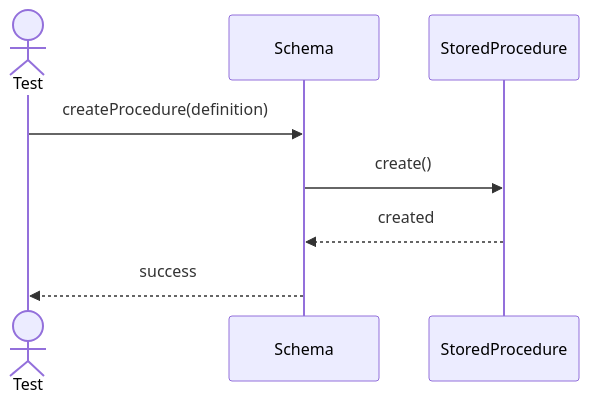
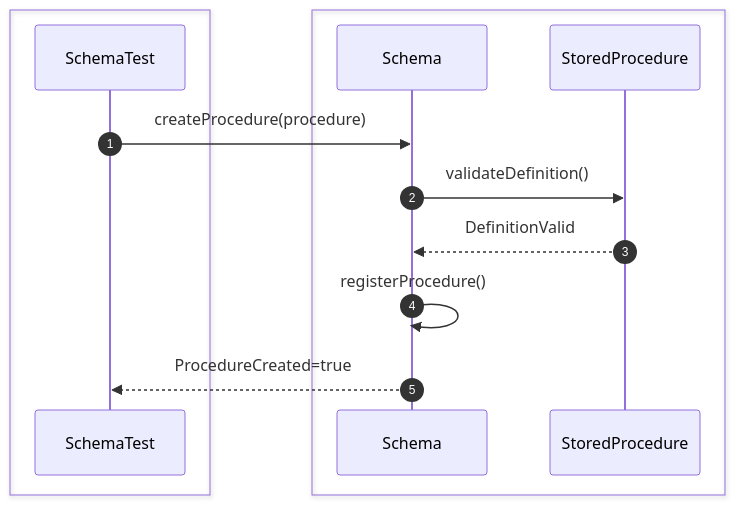
The sixth of 42 diagrams in src/sequence/db-object.md (Huy1801214/dbms-architecture), drawn with Mermaid before and after one commit. The commit also changed other lines of this file, not shown here.

Commit message:
add sequence diagrams for database object unit tests

````diff
--- a/src/sequence/db-object.md
+++ b/src/sequence/db-object.md
@@ -66,11 +116,21 @@
 ```mermaid
 sequenceDiagram
-    actor Test
-    participant Schema
-    participant StoredProcedure
+    autonumber
+    box #e1f5fe Test Suite
+    participant Test as SchemaTest
+    end
+    box #e8f5e9 Database Objects
+    participant Schema as Schema
+    participant Procedure as StoredProcedure
+    end
 
-    Test->>Schema: createProcedure(definition)
-    Schema->>StoredProcedure: create()
-    StoredProcedure-->>Schema: created
-    Schema-->>Test: success
+    Test->>Schema: createProcedure(procedure)
+
+    Schema->>Procedure: validateDefinition()
+
+    Procedure-->>Schema: DefinitionValid
+
+    Schema->>Schema: registerProcedure()
+
+    Schema-->>Test: ProcedureCreated=true
 ```
````
